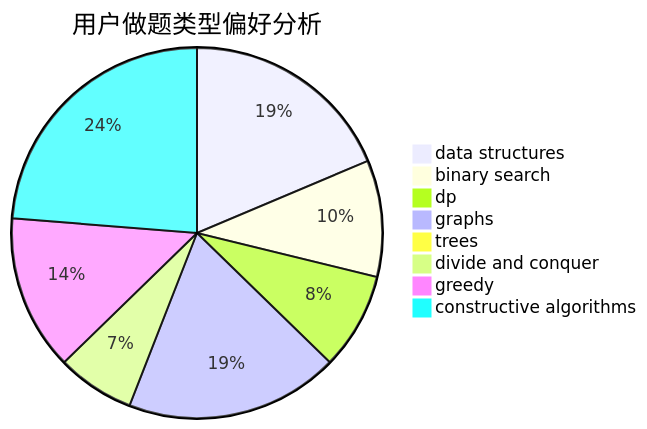
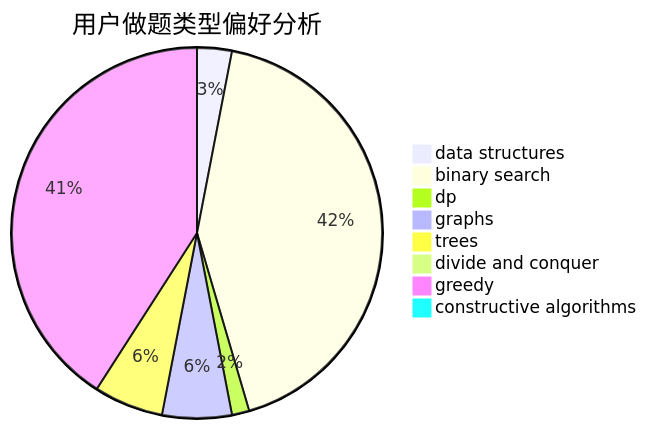
Before and after one commit to sherpahu/cfrs.github.io: the second of 3 diagrams in docs/user/u2726.md, drawn with Mermaid. The commit also changed other lines of this file and 2770 other files, not shown here.

````diff
--- a/docs/user/u2726.md
+++ b/docs/user/u2726.md
@@ -23,11 +23,11 @@
 ```mermaid
 pie title 用户做题类型偏好分析
-    "data structures" :  11
-    "binary search" :  6
-    "dp" :  5
-    "graphs" :  11
-    "trees" :  0
-    "divide and conquer" :  4
-    "greedy" :  8
-    "constructive algorithms" :  14
+    "data structures" :  2
+    "binary search" :  28
+    "dp" :  1
+    "graphs" :  4
+    "trees" :  4
+    "divide and conquer" :  0
+    "greedy" :  27
+    "constructive algorithms" :  0
 ```
````
